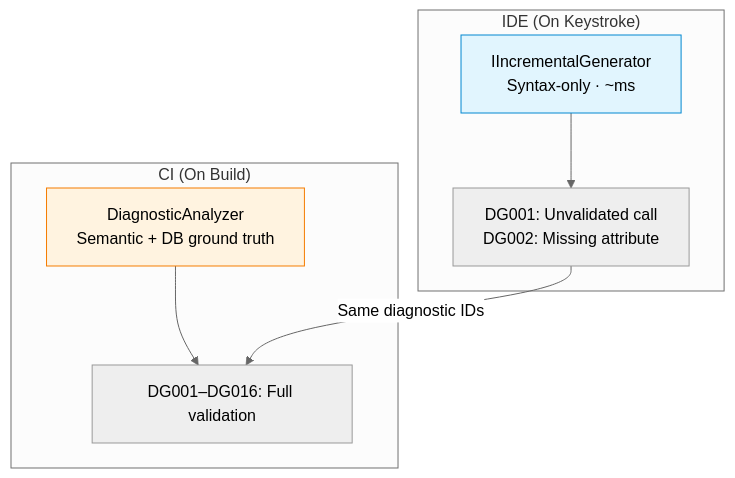
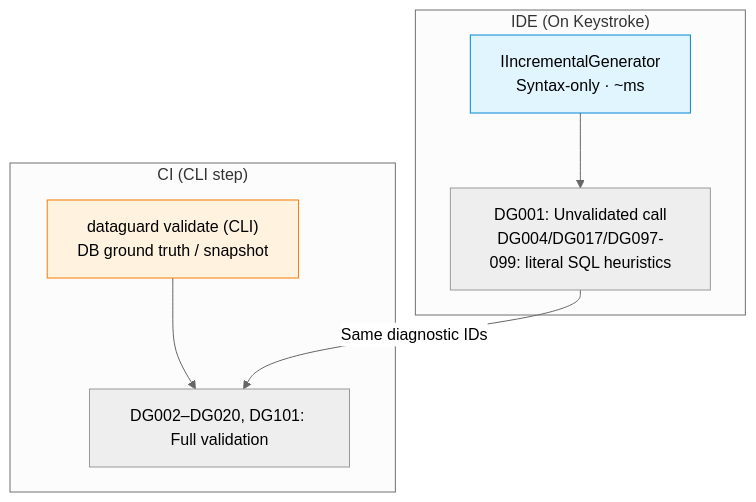
The sixth of 8 diagrams in docs/02-architecture/design-philosophy.md (thanhnt-sm/eco_support_net_oracle), drawn with Mermaid (neutral theme) before and after one commit. The commit also changed other lines of this file and 408 other files, not shown here.

````diff
--- a/docs/02-architecture/design-philosophy.md
+++ b/docs/02-architecture/design-philosophy.md
@@ -211,17 +212,17 @@
 ```mermaid
 flowchart TD
     subgraph "IDE (On Keystroke)"
         A["IIncrementalGenerator<br/>Syntax-only · ~ms"]
-        A --> B["DG001: Unvalidated call<br/>DG002: Missing attribute"]
+        A --> B["DG001: Unvalidated call<br/>DG004/DG017/DG097-099: literal SQL heuristics"]
     end
 
-    subgraph "CI (On Build)"
-        C["DiagnosticAnalyzer<br/>Semantic + DB ground truth"]
-        C --> D["DG001–DG016: Full validation"]
+    subgraph "CI (CLI step)"
+        C["dataguard validate (CLI)<br/>DB ground truth / snapshot"]
+        C --> D["DG002–DG020, DG101: Full validation"]
     end
 
     B -->|"Same diagnostic IDs"| D
 
     style A fill:#e1f5fe,stroke:#0288d1
     style C fill:#fff3e0,stroke:#f57c00
 ```
````
